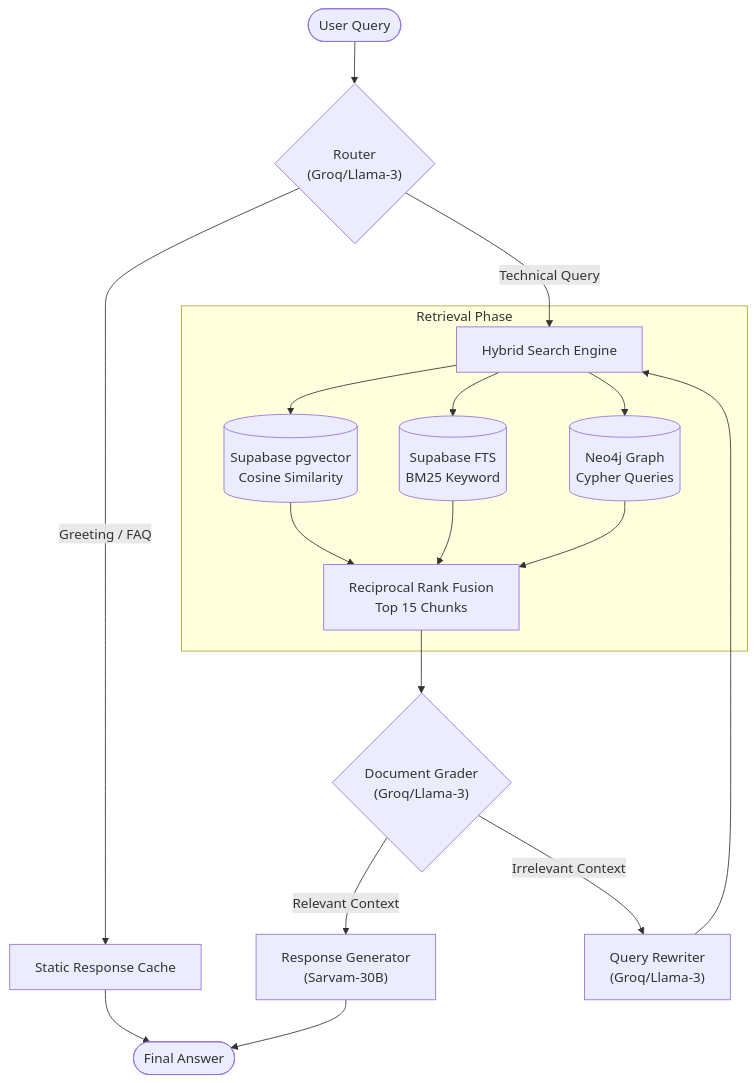
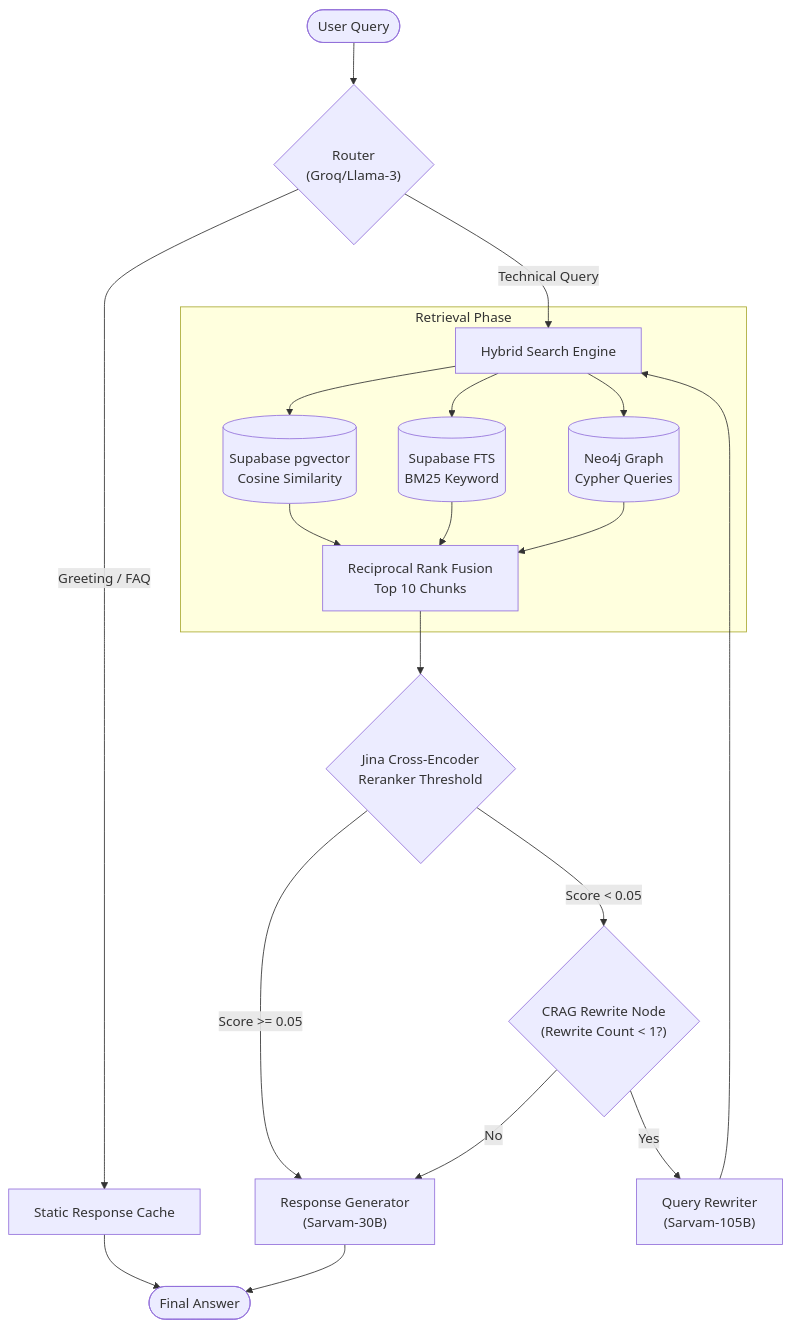
One commit to niteshkumarvarma30/RAG-SaaS changed the diagram in README.md. Above: the diagram before and after it, drawn with Mermaid. The commit also changed 1 other file, not shown here.

Commit message:
Docs: Update CRAG logic and Reranker threshold in README and Documentation

````diff
--- a/README.md
+++ b/README.md
@@ -13,27 +13,30 @@
 ```mermaid
 graph TD
     User(["User Query"]) --> Router{"Router<br/>(Groq/Llama-3)"}
     
     %% Routing Logic
     Router -->|Greeting / FAQ| Cache["Static Response Cache"]
     Cache --> Output(["Final Answer"])
     
     Router -->|Technical Query| Hybrid["Hybrid Search Engine"]
     
     %% Retrieval
     subgraph Retrieval Phase
         Hybrid --> VS[("Supabase pgvector<br/>Cosine Similarity")]
         Hybrid --> KS[("Supabase FTS<br/>BM25 Keyword")]
         Hybrid --> GS[("Neo4j Graph<br/>Cypher Queries")]
-        VS & KS & GS --> RRF["Reciprocal Rank Fusion<br/>Top 15 Chunks"]
+        VS & KS & GS --> RRF["Reciprocal Rank Fusion<br/>Top 10 Chunks"]
     end
     
-    %% Evaluation
-    RRF --> Grader{"Document Grader<br/>(Groq/Llama-3)"}
+    %% Evaluation & Corrective RAG
+    RRF --> Grader{"Jina Cross-Encoder<br/>Reranker Threshold"}
     
-    Grader -->|Relevant Context| Generator["Response Generator<br/>(Sarvam-30B)"]
-    Grader -->|Irrelevant Context| Rewriter["Query Rewriter<br/>(Groq/Llama-3)"]
+    Grader -->|Score >= 0.05| Generator["Response Generator<br/>(Sarvam-30B)"]
+    Grader -->|Score < 0.05| Rewriter{"CRAG Rewrite Node<br/>(Rewrite Count < 1?)"}
     
-    Rewriter --> Hybrid
+    Rewriter -->|Yes| RewriteLLM["Query Rewriter<br/>(Sarvam-105B)"]
+    RewriteLLM --> Hybrid
+    
+    Rewriter -->|No| Generator
     Generator --> Output
 ```
````
